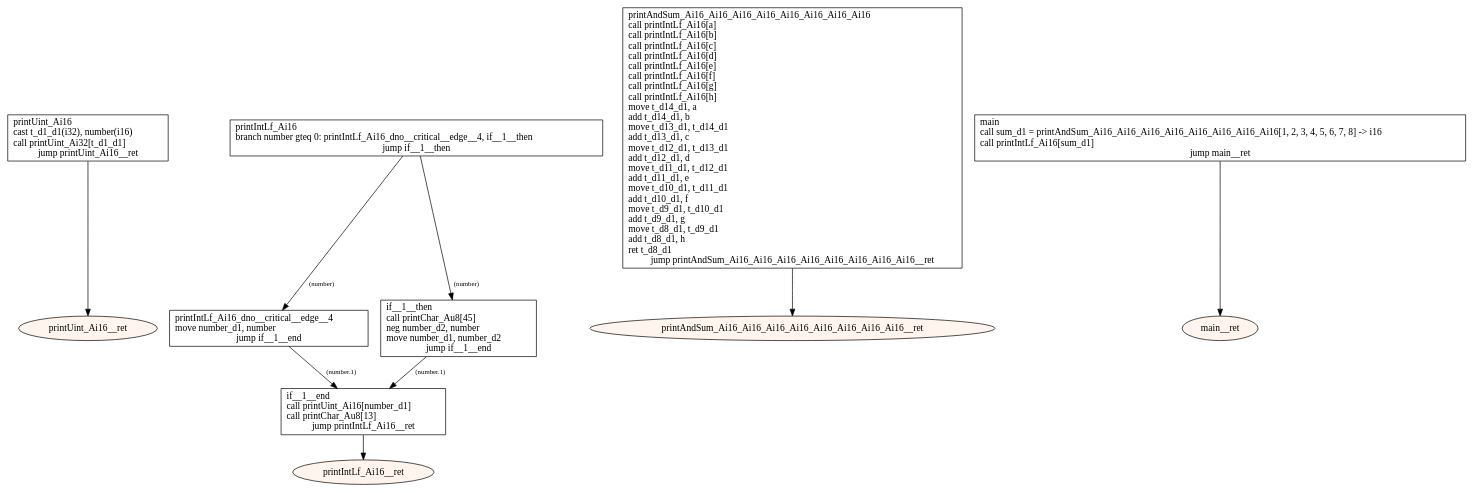
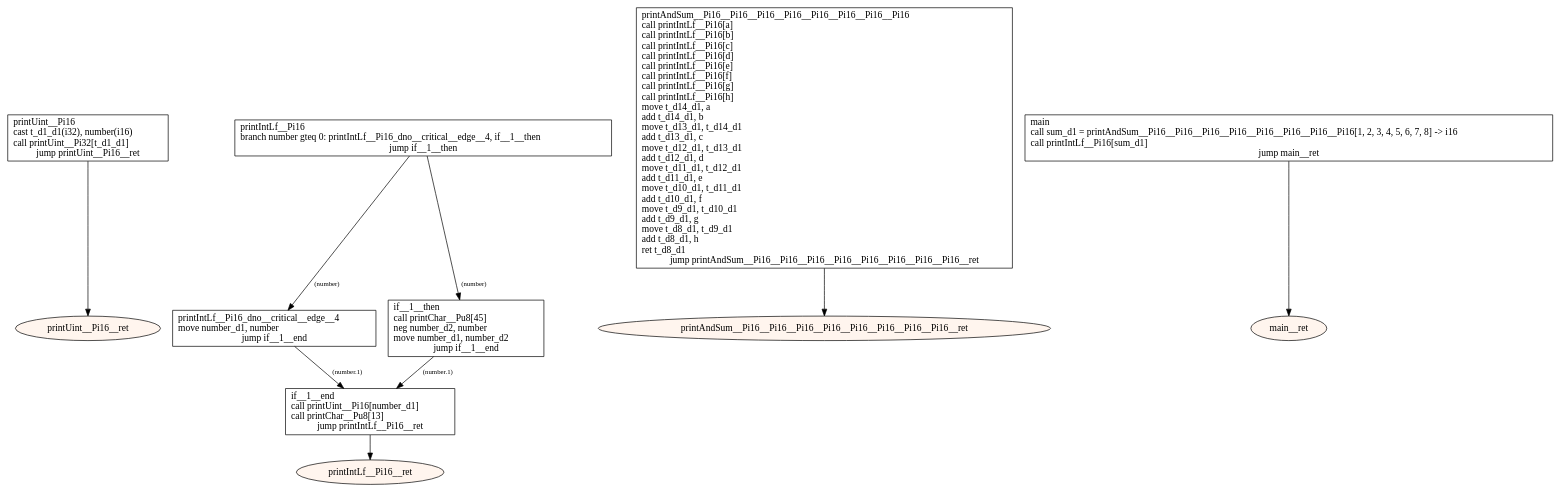
One commit to tmssngr/tinyC changed the diagram in src/main/resources-test/compiler/z8/calling-convention.dot. Above: the diagram before and after it, drawn with Graphviz. The commit also changed 523 other files, not shown here.

```diff
--- a/src/main/resources-test/compiler/z8/calling-convention.dot
+++ b/src/main/resources-test/compiler/z8/calling-convention.dot
@@ -1,30 +1,30 @@
 digraph program {
 	edge[fontsize="10pt"];
-	subgraph fn_printUint_Ai16 {
-		BasicBlock_0_printUint_Ai16 [label="printUint_Ai16\lcast t_d1_d1(i32), number(i16)\lcall printUint_Ai32[t_d1_d1]\ljump printUint_Ai16__ret",shape=box];
-		BasicBlock_0_printUint_Ai16 -> BasicBlock_0_printUint_Ai16__ret;
-		BasicBlock_0_printUint_Ai16__ret [label="printUint_Ai16__ret",shape=oval,style=filled,fillcolor="#fff5ee"];
+	subgraph fn_printUint__Pi16 {
+		BasicBlock_0_printUint__Pi16 [label="printUint__Pi16\lcast t_d1_d1(i32), number(i16)\lcall printUint__Pi32[t_d1_d1]\ljump printUint__Pi16__ret",shape=box];
+		BasicBlock_0_printUint__Pi16 -> BasicBlock_0_printUint__Pi16__ret;
+		BasicBlock_0_printUint__Pi16__ret [label="printUint__Pi16__ret",shape=oval,style=filled,fillcolor="#fff5ee"];
 	}
-	subgraph fn_printIntLf_Ai16 {
-		BasicBlock_1_printIntLf_Ai16 [label="printIntLf_Ai16\lbranch number gteq 0: printIntLf_Ai16_dno__critical__edge__4, if__1__then\ljump if__1__then",shape=box];
-		BasicBlock_1_printIntLf_Ai16 -> BasicBlock_1_printIntLf_Ai16_dno__critical__edge__4 [label="(number)"];
-		BasicBlock_1_printIntLf_Ai16 -> BasicBlock_1_if__1__then [label="(number)"];
-		BasicBlock_1_printIntLf_Ai16_dno__critical__edge__4 [label="printIntLf_Ai16_dno__critical__edge__4\lmove number_d1, number\ljump if__1__end",shape=box];
-		BasicBlock_1_printIntLf_Ai16_dno__critical__edge__4 -> BasicBlock_1_if__1__end [label="(number.1)"];
-		BasicBlock_1_if__1__then [label="if__1__then\lcall printChar_Au8[45]\lneg number_d2, number\lmove number_d1, number_d2\ljump if__1__end",shape=box];
+	subgraph fn_printIntLf__Pi16 {
+		BasicBlock_1_printIntLf__Pi16 [label="printIntLf__Pi16\lbranch number gteq 0: printIntLf__Pi16_dno__critical__edge__4, if__1__then\ljump if__1__then",shape=box];
+		BasicBlock_1_printIntLf__Pi16 -> BasicBlock_1_printIntLf__Pi16_dno__critical__edge__4 [label="(number)"];
+		BasicBlock_1_printIntLf__Pi16 -> BasicBlock_1_if__1__then [label="(number)"];
+		BasicBlock_1_printIntLf__Pi16_dno__critical__edge__4 [label="printIntLf__Pi16_dno__critical__edge__4\lmove number_d1, number\ljump if__1__end",shape=box];
+		BasicBlock_1_printIntLf__Pi16_dno__critical__edge__4 -> BasicBlock_1_if__1__end [label="(number.1)"];
+		BasicBlock_1_if__1__then [label="if__1__then\lcall printChar__Pu8[45]\lneg number_d2, number\lmove number_d1, number_d2\ljump if__1__end",shape=box];
 		BasicBlock_1_if__1__then -> BasicBlock_1_if__1__end [label="(number.1)"];
-		BasicBlock_1_if__1__end [label="if__1__end\lcall printUint_Ai16[number_d1]\lcall printChar_Au8[13]\ljump printIntLf_Ai16__ret",shape=box];
-		BasicBlock_1_if__1__end -> BasicBlock_1_printIntLf_Ai16__ret;
-		BasicBlock_1_printIntLf_Ai16__ret [label="printIntLf_Ai16__ret",shape=oval,style=filled,fillcolor="#fff5ee"];
+		BasicBlock_1_if__1__end [label="if__1__end\lcall printUint__Pi16[number_d1]\lcall printChar__Pu8[13]\ljump printIntLf__Pi16__ret",shape=box];
+		BasicBlock_1_if__1__end -> BasicBlock_1_printIntLf__Pi16__ret;
+		BasicBlock_1_printIntLf__Pi16__ret [label="printIntLf__Pi16__ret",shape=oval,style=filled,fillcolor="#fff5ee"];
 	}
-	subgraph fn_printAndSum_Ai16_Ai16_Ai16_Ai16_Ai16_Ai16_Ai16_Ai16 {
-		BasicBlock_2_printAndSum_Ai16_Ai16_Ai16_Ai16_Ai16_Ai16_Ai16_Ai16 [label="printAndSum_Ai16_Ai16_Ai16_Ai16_Ai16_Ai16_Ai16_Ai16\lcall printIntLf_Ai16[a]\lcall printIntLf_Ai16[b]\lcall printIntLf_Ai16[c]\lcall printIntLf_Ai16[d]\lcall printIntLf_Ai16[e]\lcall printIntLf_Ai16[f]\lcall printIntLf_Ai16[g]\lcall printIntLf_Ai16[h]\lmove t_d14_d1, a\ladd t_d14_d1, b\lmove t_d13_d1, t_d14_d1\ladd t_d13_d1, c\lmove t_d12_d1, t_d13_d1\ladd t_d12_d1, d\lmove t_d11_d1, t_d12_d1\ladd t_d11_d1, e\lmove t_d10_d1, t_d11_d1\ladd t_d10_d1, f\lmove t_d9_d1, t_d10_d1\ladd t_d9_d1, g\lmove t_d8_d1, t_d9_d1\ladd t_d8_d1, h\lret t_d8_d1\ljump printAndSum_Ai16_Ai16_Ai16_Ai16_Ai16_Ai16_Ai16_Ai16__ret",shape=box];
-		BasicBlock_2_printAndSum_Ai16_Ai16_Ai16_Ai16_Ai16_Ai16_Ai16_Ai16 -> BasicBlock_2_printAndSum_Ai16_Ai16_Ai16_Ai16_Ai16_Ai16_Ai16_Ai16__ret;
-		BasicBlock_2_printAndSum_Ai16_Ai16_Ai16_Ai16_Ai16_Ai16_Ai16_Ai16__ret [label="printAndSum_Ai16_Ai16_Ai16_Ai16_Ai16_Ai16_Ai16_Ai16__ret",shape=oval,style=filled,fillcolor="#fff5ee"];
+	subgraph fn_printAndSum__Pi16__Pi16__Pi16__Pi16__Pi16__Pi16__Pi16__Pi16 {
+		BasicBlock_2_printAndSum__Pi16__Pi16__Pi16__Pi16__Pi16__Pi16__Pi16__Pi16 [label="printAndSum__Pi16__Pi16__Pi16__Pi16__Pi16__Pi16__Pi16__Pi16\lcall printIntLf__Pi16[a]\lcall printIntLf__Pi16[b]\lcall printIntLf__Pi16[c]\lcall printIntLf__Pi16[d]\lcall printIntLf__Pi16[e]\lcall printIntLf__Pi16[f]\lcall printIntLf__Pi16[g]\lcall printIntLf__Pi16[h]\lmove t_d14_d1, a\ladd t_d14_d1, b\lmove t_d13_d1, t_d14_d1\ladd t_d13_d1, c\lmove t_d12_d1, t_d13_d1\ladd t_d12_d1, d\lmove t_d11_d1, t_d12_d1\ladd t_d11_d1, e\lmove t_d10_d1, t_d11_d1\ladd t_d10_d1, f\lmove t_d9_d1, t_d10_d1\ladd t_d9_d1, g\lmove t_d8_d1, t_d9_d1\ladd t_d8_d1, h\lret t_d8_d1\ljump printAndSum__Pi16__Pi16__Pi16__Pi16__Pi16__Pi16__Pi16__Pi16__ret",shape=box];
+		BasicBlock_2_printAndSum__Pi16__Pi16__Pi16__Pi16__Pi16__Pi16__Pi16__Pi16 -> BasicBlock_2_printAndSum__Pi16__Pi16__Pi16__Pi16__Pi16__Pi16__Pi16__Pi16__ret;
+		BasicBlock_2_printAndSum__Pi16__Pi16__Pi16__Pi16__Pi16__Pi16__Pi16__Pi16__ret [label="printAndSum__Pi16__Pi16__Pi16__Pi16__Pi16__Pi16__Pi16__Pi16__ret",shape=oval,style=filled,fillcolor="#fff5ee"];
 	}
 	subgraph fn_main {
-		BasicBlock_3_main [label="main\lcall sum_d1 = printAndSum_Ai16_Ai16_Ai16_Ai16_Ai16_Ai16_Ai16_Ai16[1, 2, 3, 4, 5, 6, 7, 8] -> i16\lcall printIntLf_Ai16[sum_d1]\ljump main__ret",shape=box];
+		BasicBlock_3_main [label="main\lcall sum_d1 = printAndSum__Pi16__Pi16__Pi16__Pi16__Pi16__Pi16__Pi16__Pi16[1, 2, 3, 4, 5, 6, 7, 8] -> i16\lcall printIntLf__Pi16[sum_d1]\ljump main__ret",shape=box];
 		BasicBlock_3_main -> BasicBlock_3_main__ret;
 		BasicBlock_3_main__ret [label="main__ret",shape=oval,style=filled,fillcolor="#fff5ee"];
 	}
 }
```
